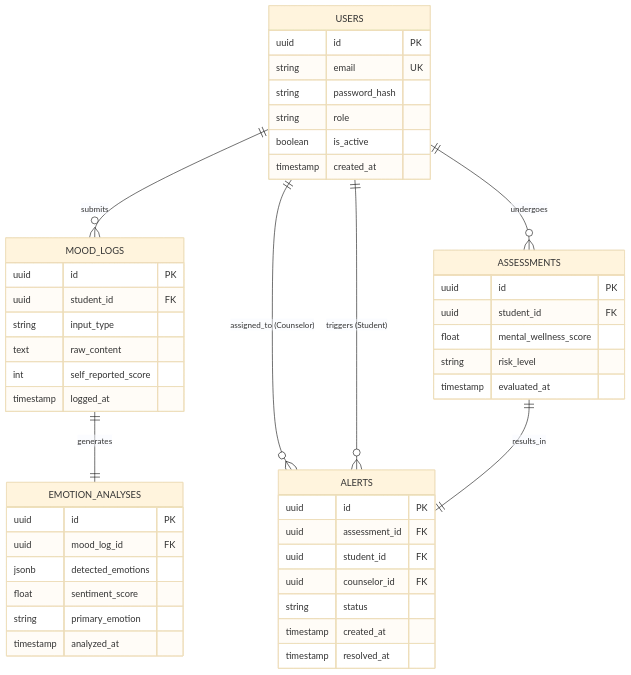
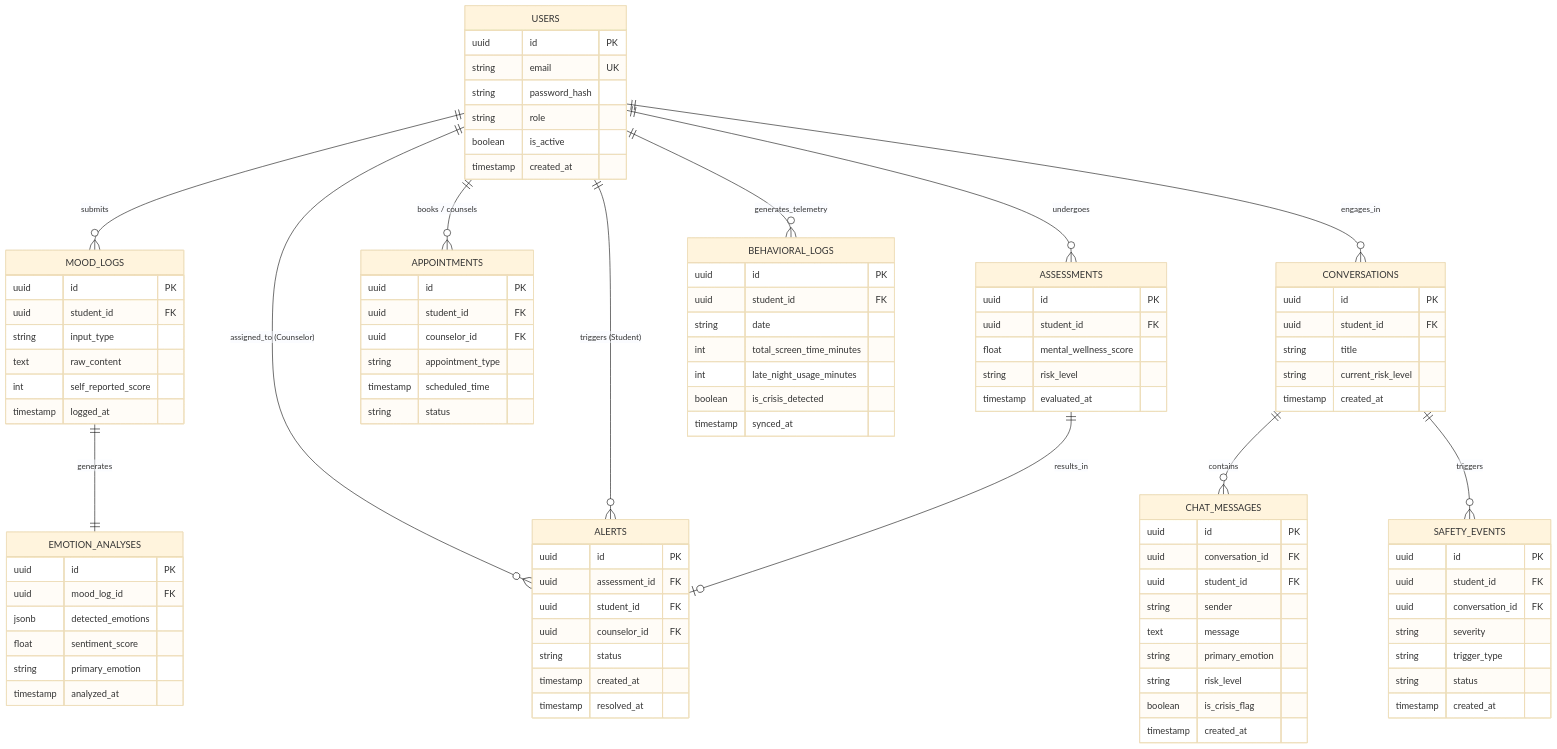
Before and after one commit to PASUPULASAITEJA/MindGuardAI: the diagram in docs/DATABASE.md, drawn with Mermaid (base theme).

````diff
--- a/docs/DATABASE.md
+++ b/docs/DATABASE.md
@@ -18,11 +18,16 @@
     USERS ||--o{ ASSESSMENTS : "undergoes"
     USERS ||--o{ ALERTS : "assigned_to (Counselor)"
     USERS ||--o{ ALERTS : "triggers (Student)"
+    USERS ||--o{ APPOINTMENTS : "books / counsels"
+    USERS ||--o{ CONVERSATIONS : "engages_in"
+    USERS ||--o{ BEHAVIORAL_LOGS : "generates_telemetry"
     
     MOOD_LOGS ||--|| EMOTION_ANALYSES : "generates"
+    ASSESSMENTS ||--o| ALERTS : "results_in"
     
-    ASSESSMENTS ||--|| ALERTS : "results_in"
-    
+    CONVERSATIONS ||--o{ CHAT_MESSAGES : "contains"
+    CONVERSATIONS ||--o{ SAFETY_EVENTS : "triggers"
+
     USERS {
         uuid id PK
         string email UK
@@ -68,4 +73,52 @@
         timestamp resolved_at
     }
 
+    APPOINTMENTS {
+        uuid id PK
+        uuid student_id FK
+        uuid counselor_id FK
+        string appointment_type
+        timestamp scheduled_time
+        string status
+    }
+
+    CONVERSATIONS {
+        uuid id PK
+        uuid student_id FK
+        string title
+        string current_risk_level
+        timestamp created_at
+    }
+
+    CHAT_MESSAGES {
+        uuid id PK
+        uuid conversation_id FK
+        uuid student_id FK
+        string sender
+        text message
+        string primary_emotion
+        string risk_level
+        boolean is_crisis_flag
+        timestamp created_at
+    }
+
+    SAFETY_EVENTS {
+        uuid id PK
+        uuid student_id FK
+        uuid conversation_id FK
+        string severity
+        string trigger_type
+        string status
+        timestamp created_at
+    }
+
+    BEHAVIORAL_LOGS {
+        uuid id PK
+        uuid student_id FK
+        string date
+        int total_screen_time_minutes
+        int late_night_usage_minutes
+        boolean is_crisis_detected
+        timestamp synced_at
+    }
 ```
````
